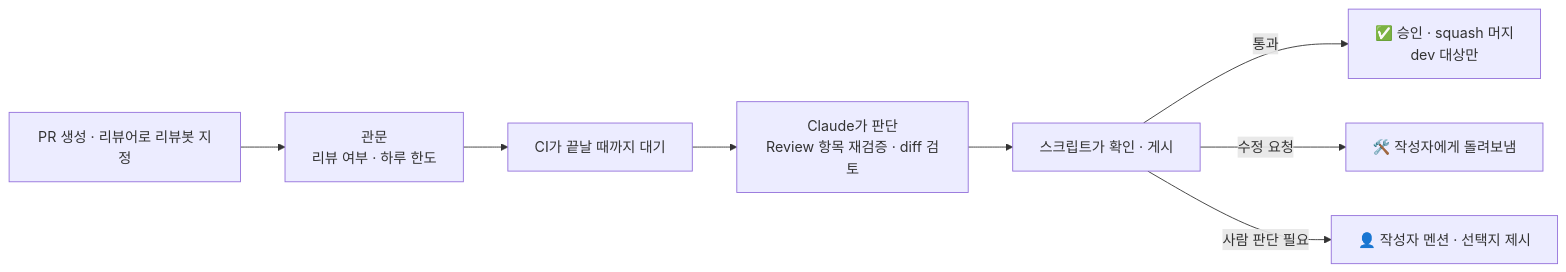
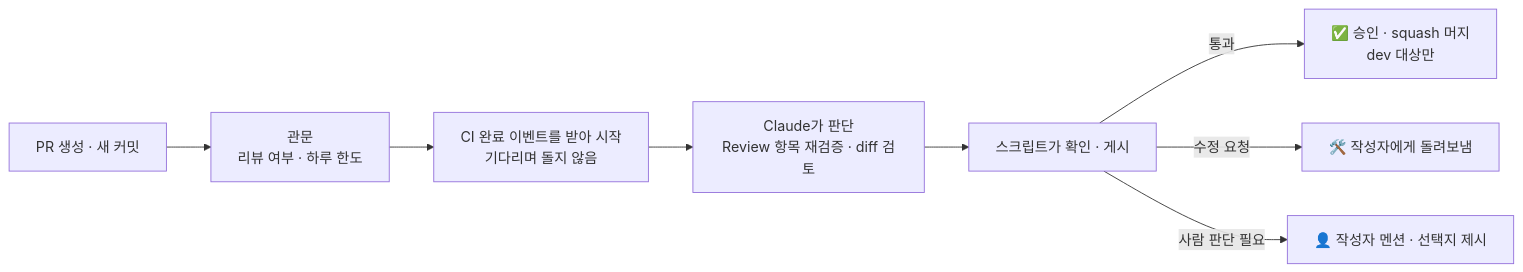
The diagram in README.md (im-pine/review-bot-sandbox), drawn with Mermaid before and after one commit. The commit also changed other lines of this file and 1 other file, not shown here.

Commit message:
📝 docs(common): README를 리뷰봇 v2(중앙 실행 · 학습 · 자동 업그레이드)로 고치고 v1 워크플로 삭제

````diff
--- a/README.md
+++ b/README.md
@@ -22,10 +22,10 @@
 ```mermaid
 flowchart LR
-  A[PR 생성 · 리뷰어로 리뷰봇 지정] --> B[관문<br/>리뷰 여부 · 하루 한도]
-  B --> C[CI가 끝날 때까지 대기]
+  A[PR 생성 · 새 커밋] --> B[관문<br/>리뷰 여부 · 하루 한도]
+  B --> C[CI 완료 이벤트를 받아 시작<br/>기다리며 돌지 않음]
   C --> D[Claude가 판단<br/>Review 항목 재검증 · diff 검토]
   D --> E[스크립트가 확인 · 게시]
   E -->|통과| F[✅ 승인 · squash 머지<br/>dev 대상만]
   E -->|수정 요청| G[🛠️ 작성자에게 돌려보냄]
   E -->|사람 판단 필요| H[👤 작성자 멘션 · 선택지 제시]
 ```
````
